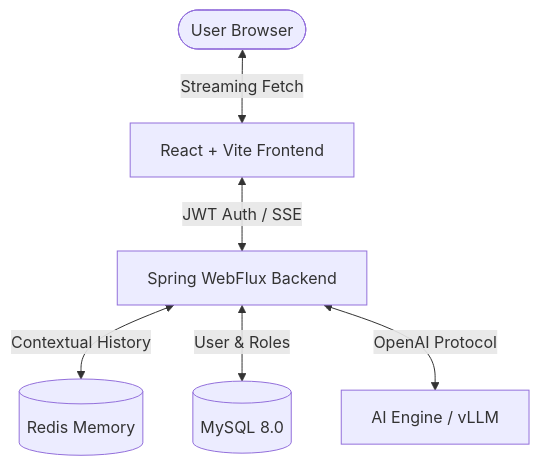
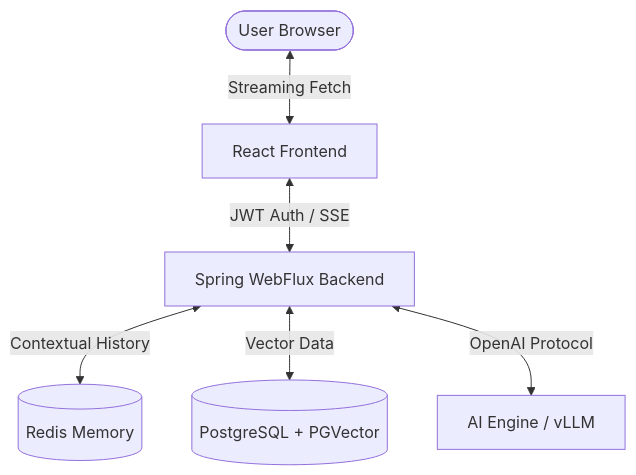
The diagram in README.md (01Sachinc/GenOps-AI), drawn with Mermaid before and after one commit. The commit also changed other lines of this file and 43 other files, not shown here.

````diff
--- a/README.md
+++ b/README.md
@@ -39,8 +38,8 @@
 ```mermaid
 graph TD
-    User([User Browser]) <-->|Streaming Fetch| Frontend[React + Vite Frontend]
+    User([User Browser]) <-->|Streaming Fetch| Frontend[React Frontend]
     Frontend <-->|JWT Auth / SSE| Backend[Spring WebFlux Backend]
     Backend <-->|Contextual History| Redis[(Redis Memory)]
-    Backend <-->|User & Roles| DB[(MySQL 8.0)]
+    Backend <-->|Vector Data| DB[(PostgreSQL + PGVector)]
     Backend <-->|OpenAI Protocol| AI[AI Engine / vLLM]
 ```
````
